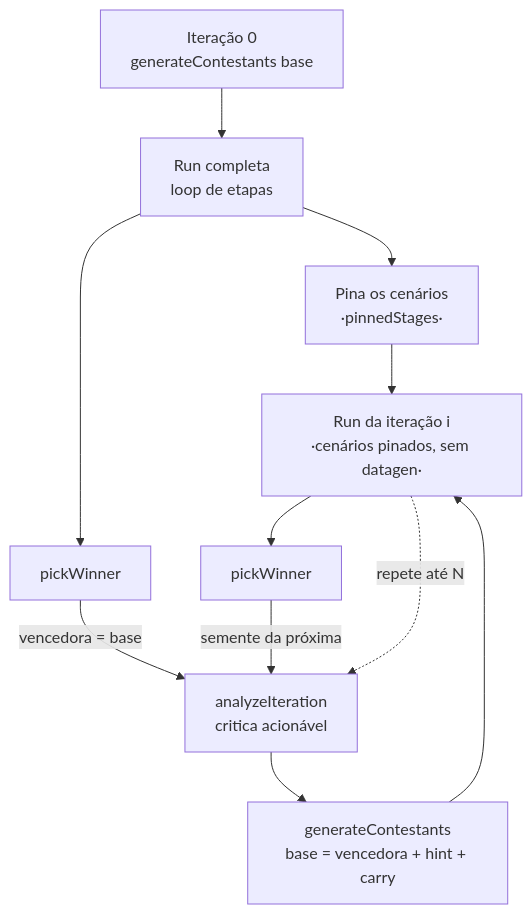
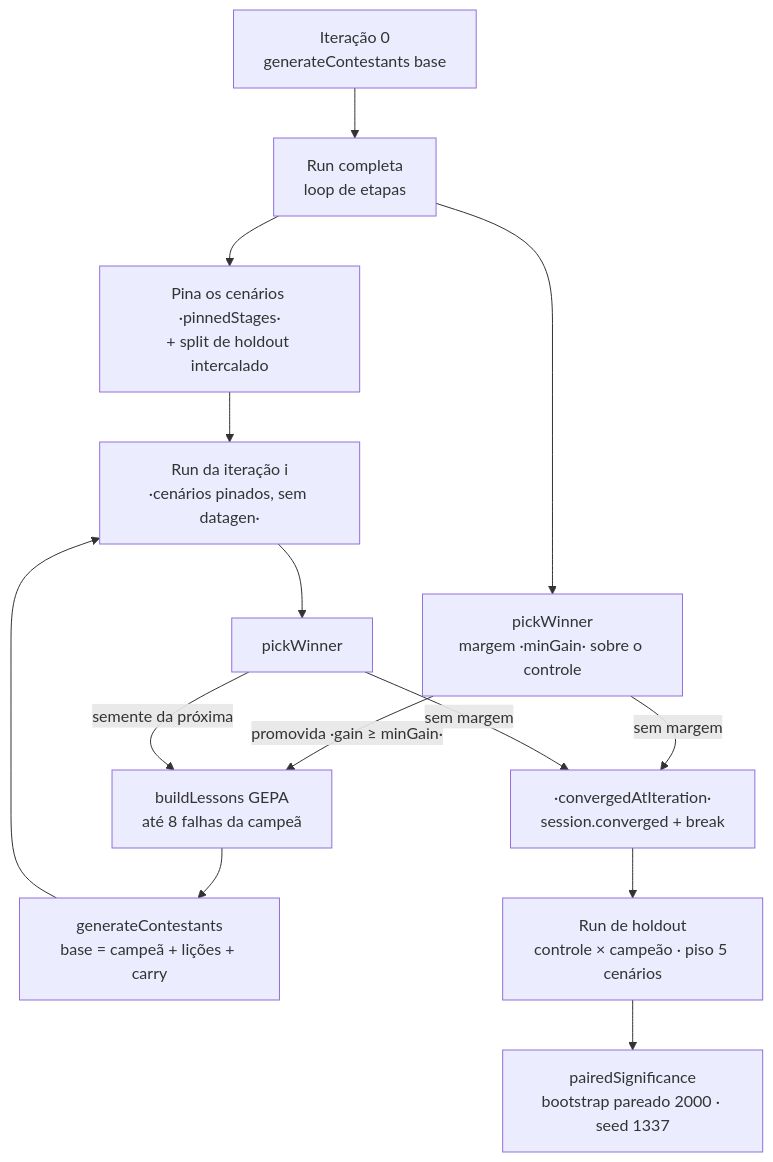
Before and after one commit to frederico-kluser/ai-benchmark: the second of 2 diagrams in FUNCIONAMENTO.md, drawn with Mermaid. The commit also changed other lines of this file and 52 other files, not shown here.

````diff
--- a/FUNCIONAMENTO.md
+++ b/FUNCIONAMENTO.md
@@ -131,12 +146,15 @@
 ```mermaid
 flowchart TB
   I0[Iteração 0<br/>generateContestants base] --> R0[Run completa<br/>loop de etapas]
-  R0 --> PIN[Pina os cenários<br/>·pinnedStages·]
-  R0 --> W0[pickWinner]
+  R0 --> PIN[Pina os cenários ·pinnedStages·<br/>+ split de holdout intercalado]
+  R0 --> W0[pickWinner<br/>margem ·minGain· sobre o controle]
   PIN --> R1
-  W0 -->|vencedora = base| AN[analyzeIteration<br/>critica acionável]
-  AN --> GC[generateContestants<br/>base = vencedora + hint + carry]
+  W0 -->|promovida ·gain ≥ minGain·| LS[buildLessons GEPA<br/>até 8 falhas da campeã]
+  W0 -->|sem margem| CV[·convergedAtIteration·<br/>session.converged + break]
+  LS --> GC[generateContestants<br/>base = campeã + lições + carry]
   GC --> R1[Run da iteração i<br/>·cenários pinados, sem datagen·]
-  R1 --> WI[pickWinner] -->|semente da próxima| AN
-  R1 -.->|repete até N| AN
+  R1 --> WI[pickWinner] -->|semente da próxima| LS
+  WI -->|sem margem| CV
+  CV --> H[Run de holdout<br/>controle × campeão · piso 5 cenários]
+  H --> SIG[pairedSignificance<br/>bootstrap pareado 2000 · seed 1337]
 ```
````
